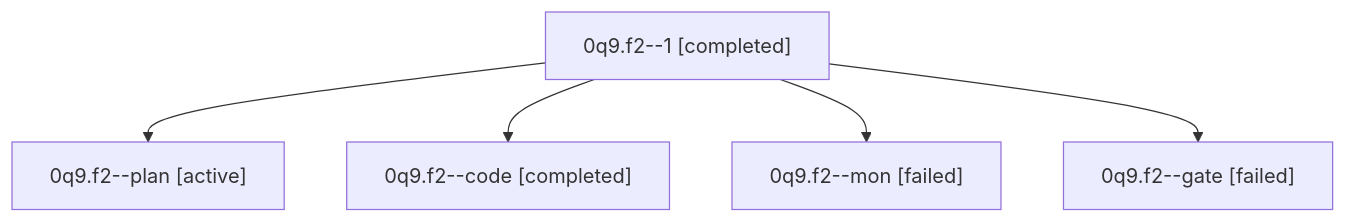
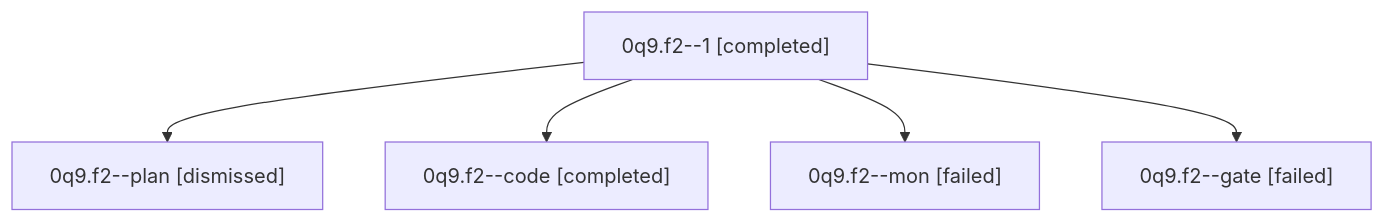
Before and after one commit to sase-org/sase--agents: the diagram in sessions/bbugyi200.athena.0q9.f2.md, drawn with Mermaid. The commit also changed other lines of this file and 47 other files, not shown here.

````diff
--- a/sessions/bbugyi200.athena.0q9.f2.md
+++ b/sessions/bbugyi200.athena.0q9.f2.md
@@ -9,12 +9,12 @@
 ```mermaid
 flowchart TD
   n0["0q9.f2--1 [completed]"]
-  n1["0q9.f2--plan [active]"]
+  n1["0q9.f2--plan [dismissed]"]
   n0 --> n1
   n2["0q9.f2--code [completed]"]
   n0 --> n2
   n3["0q9.f2--mon [failed]"]
   n0 --> n3
   n4["0q9.f2--gate [failed]"]
   n0 --> n4
 ```
````
